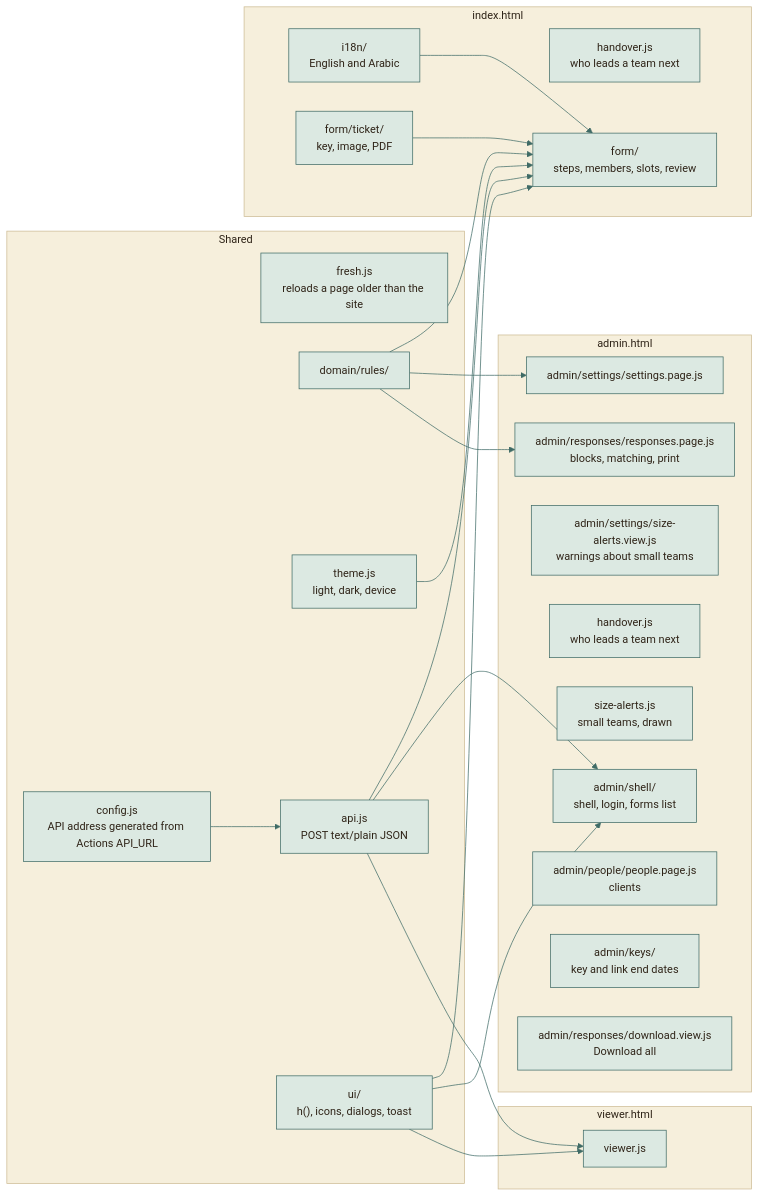
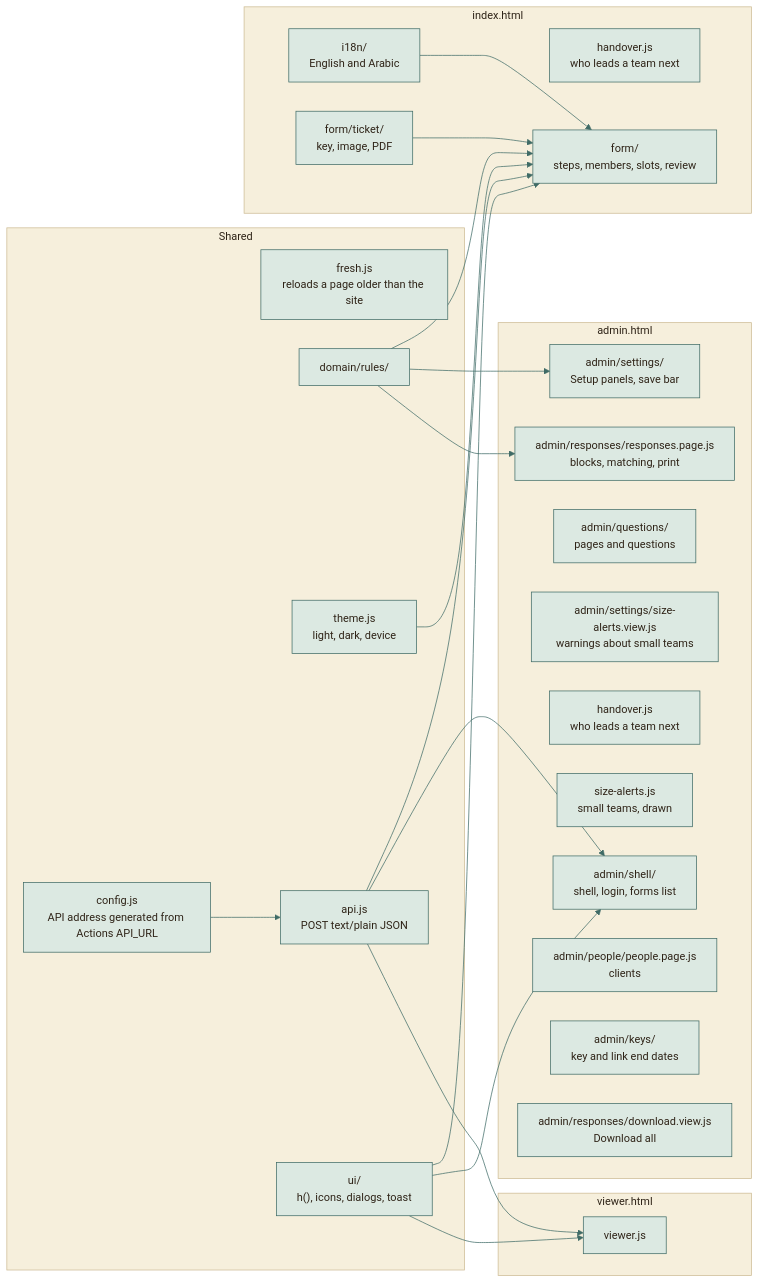
One commit to moyeh04/forms-platform changed the tenth of 12 diagrams in docs/architecture/ARCHITECTURE.md. Above: the diagram before and after it, drawn with Mermaid. The commit also changed other lines of this file and 23 other files, not shown here.

First line of the commit message:
refactor(web): Split the settings page into its panels

````diff
--- a/docs/architecture/ARCHITECTURE.md
+++ b/docs/architecture/ARCHITECTURE.md
@@ -695,72 +695,73 @@
 ```mermaid
 %%{init: {
   'theme': 'base',
   'themeVariables': {
     'fontFamily': 'ui-sans-serif, system-ui, -apple-system, Segoe UI, Roboto, sans-serif',
     'fontSize': '15px',
     'primaryColor': '#DCE9E2', 'primaryBorderColor': '#3F6B66', 'primaryTextColor': '#2F2418',
     'secondaryColor': '#F0E4C8', 'secondaryBorderColor': '#C9A24A', 'secondaryTextColor': '#2F2418',
     'tertiaryColor': '#F6EFDC', 'tertiaryBorderColor': '#CDBB94', 'tertiaryTextColor': '#2F2418',
     'lineColor': '#3F6B66', 'textColor': '#2F2418', 'mainBkg': '#DCE9E2', 'nodeBorder': '#3F6B66',
     'clusterBkg': '#F6EFDC', 'clusterBorder': '#CDBB94', 'titleColor': '#2F2418',
     'edgeLabelBackground': '#F8F1DD',
     'actorBkg': '#DCE9E2', 'actorBorder': '#3F6B66', 'actorTextColor': '#2F2418', 'actorLineColor': '#8FB3AB',
     'signalColor': '#477A73', 'signalTextColor': '#477A73',
     'labelBoxBkgColor': '#F0E4C8', 'labelBoxBorderColor': '#C9A24A', 'labelTextColor': '#2F2418', 'loopTextColor': '#6A5A44',
     'noteBkgColor': '#FBEFC9', 'noteBorderColor': '#C9A24A', 'noteTextColor': '#2F2418',
     'activationBkgColor': '#DCE9E2', 'activationBorderColor': '#3F6B66', 'sequenceNumberColor': '#F8F1DD',
     'transitionColor': '#3F6B66', 'stateLabelColor': '#2F2418', 'stateBkg': '#DCE9E2', 'altBackground': '#F6EFDC',
     'attributeBackgroundColorOdd': '#F8F1DD', 'attributeBackgroundColorEven': '#F0E4C8'
   },
   'flowchart': {'curve': 'basis', 'padding': 14, 'nodeSpacing': 40, 'rankSpacing': 46},
   'sequence': {'mirrorActors': false, 'messageMargin': 34, 'boxMargin': 8}
 }}%%
 flowchart LR
     subgraph shared["Shared"]
         cfg["config.js<br/>API address generated from Actions API_URL"]
         fr["fresh.js<br/>reloads a page older than the site"]
         rl["domain/rules/"]
         th["theme.js<br/>light, dark, device"]
         api["api.js<br/>POST text/plain JSON"]
         ui["ui/<br/>h(), icons, dialogs, toast"]
     end
     subgraph student["index.html"]
         i18n["i18n/<br/>English and Arabic"]
         tk["form/ticket/<br/>key, image, PDF"]
         h1["handover.js<br/>who leads a team next"]
         fm["form/<br/>steps, members, slots, review"]
     end
     subgraph adminp["admin.html"]
         a1["admin/shell/<br/>shell, login, forms list"]
-        a2["admin/settings/settings.page.js"]
+        a2["admin/settings/<br/>Setup panels, save bar"]
+        a8["admin/questions/<br/>pages and questions"]
         a7["admin/settings/size-alerts.view.js<br/>warnings about small teams"]
         h2["handover.js<br/>who leads a team next"]
         s2["size-alerts.js<br/>small teams, drawn"]
         a3["admin/responses/responses.page.js<br/>blocks, matching, print"]
         a4["admin/people/people.page.js<br/>clients"]
         a5["admin/keys/<br/>key and link end dates"]
         a6["admin/responses/download.view.js<br/>Download all"]
     end
     subgraph viewerp["viewer.html"]
         v1["viewer.js"]
     end
     cfg --> api
     api --> fm
     api --> a1
     api --> v1
     rl --> fm
     rl --> a2
     rl --> a3
     ui --> fm
     ui --> a1
     ui --> v1
     th --> fm
     i18n --> fm
     tk --> fm
     classDef cDb fill:#F3E2B3,stroke:#B8892D,stroke-width:1.5px,color:#2F2418
     classDef cActor fill:#F4D9D3,stroke:#9A3328,stroke-width:1.5px,color:#2F2418
     classDef cDec fill:#FBEFC9,stroke:#C9A24A,stroke-width:1.5px,color:#2F2418
     classDef cEnd fill:#2F2418,stroke:#2F2418,color:#F8F1DD
     classDef cErr fill:#F6D5CF,stroke:#A12B1F,stroke-width:1.5px,color:#5A140C
     classDef cOk fill:#BFD9CF,stroke:#2E5A55,stroke-width:1.5px,color:#17302D
 ```
````
